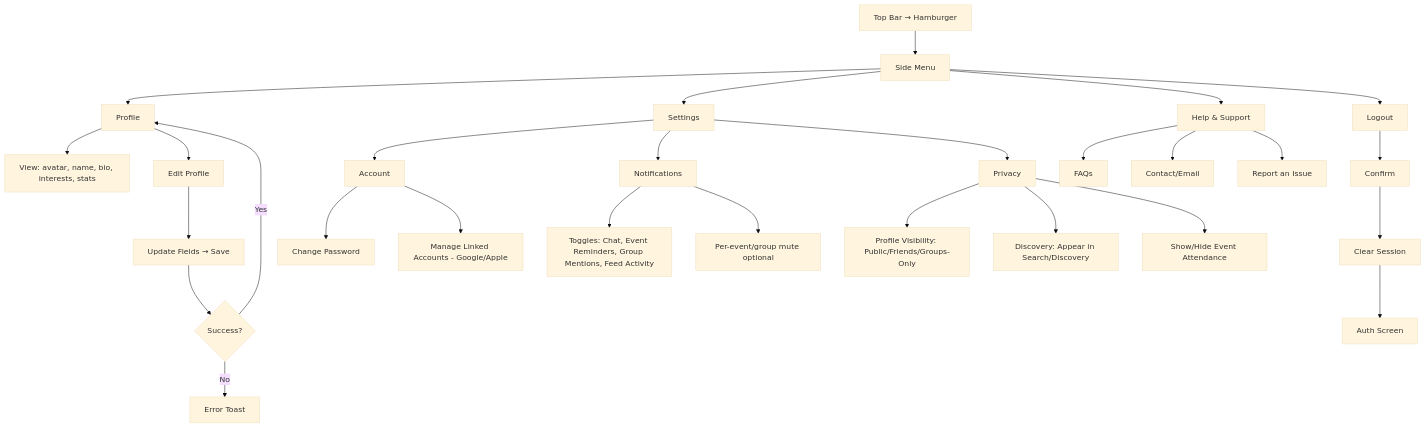
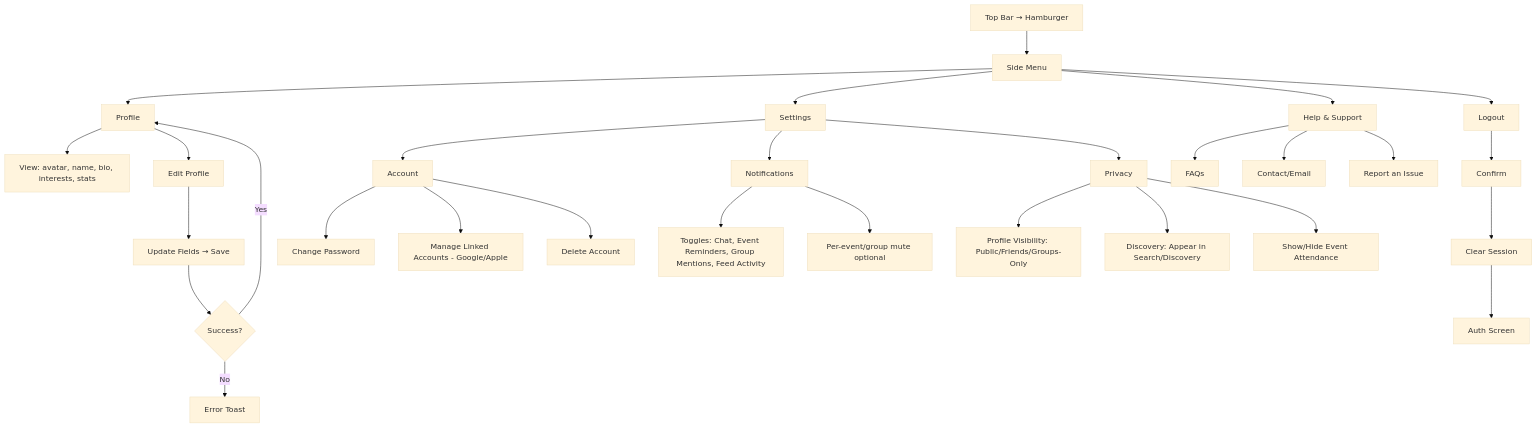
The eighth of 11 diagrams in userflows.md (SrikanthKoti/nxtup_design), drawn with Mermaid (base theme) before and after one commit. The commit also changed other lines of this file, not shown here.

````diff
--- a/userflows.md
+++ b/userflows.md
@@ -243,41 +251,42 @@
 ```mermaid
 flowchart TD
   S0[Top Bar → Hamburger] --> S1[Side Menu]
   S1 --> PR[Profile]
   S1 --> ST[Settings]
   S1 --> HS[Help & Support]
   S1 --> LO[Logout]
 
   %% Profile
   PR --> PR1[View: avatar, name, bio, interests, stats]
   PR --> PR2[Edit Profile]
   PR2 --> PR3[Update Fields → Save]
   PR3 --> PR4{Success?}
   PR4 -- Yes --> PR
   PR4 -- No --> PR5[Error Toast]
 
   %% Settings
   ST --> ST1[Account]
   ST --> ST2[Notifications]
   ST --> ST3[Privacy]
 
   ST1 --> A1[Change Password]
   ST1 --> A2[Manage Linked Accounts - Google/Apple]
+  ST1 --> A3[Delete Account]
 
   ST2 --> N1[Toggles: Chat, Event Reminders, Group Mentions, Feed Activity]
   ST2 --> N2[Per-event/group mute optional]
 
   ST3 --> P1[Profile Visibility: Public/Friends/Groups-Only]
   ST3 --> P2[Discovery: Appear in Search/Discovery]
   ST3 --> P3[Show/Hide Event Attendance]
 
   %% Help
   HS --> H1[FAQs]
   HS --> H2[Contact/Email]
   HS --> H3[Report an Issue]
 
   %% Logout
   LO --> L1[Confirm]
   L1 --> L2[Clear Session]
   L2 --> C[Auth Screen]
 ```
````
